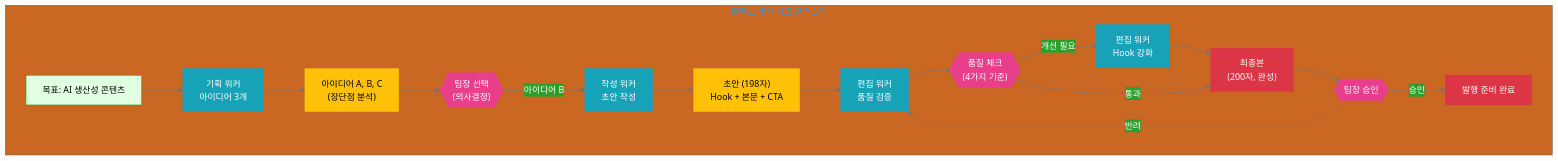
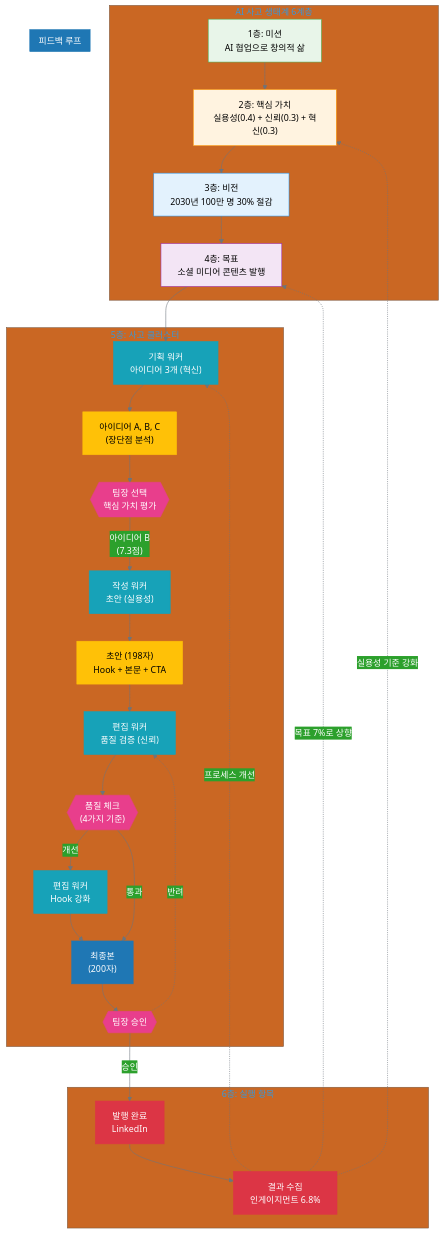
One commit to wooxist/ai-instructions changed the diagram in book/vol-2-part-4-chapter-11-03.md. Above: the diagram before and after it, drawn with Mermaid. The commit also changed other lines of this file and 2 other files, not shown here.

````diff
--- a/book/vol-2-part-4-chapter-11-03.md
+++ b/book/vol-2-part-4-chapter-11-03.md
@@ -180,41 +366,68 @@
 ```mermaid
 %%{init: {
   'theme': 'base',
   'themeVariables': {
     'primaryColor': '#1f77b4',
     'primaryTextColor': '#ffffff',
     'primaryBorderColor': '#1f77b4',
     'lineColor': '#6c757d',
     'background': 'transparent',
     'edgeLabelBackground': '#2ca02c'
   }
 }}%%
 graph TD
-    subgraph "콘텐츠 생성 사고 클러스터"
-        Goal["목표: AI 생산성 콘텐츠"] --> Plan["기획 워커<br/>아이디어 3개"]
+    subgraph "AI 사고 생태계 6계층"
+        Mission["1층: 미션<br/>AI 협업으로 창의적 삶"]
+        CoreValues["2층: 핵심 가치<br/>실용성(0.4) + 신뢰(0.3) + 혁신(0.3)"]
+        Vision["3층: 비전<br/>2030년 100만 명 30% 절감"]
+        Goal["4층: 목표<br/>소셜 미디어 콘텐츠 발행"]
+        
+        Mission --> CoreValues
+        CoreValues --> Vision
+        Vision --> Goal
+    end
+    
+    subgraph "5층: 사고 클러스터"
+        Goal --> Plan["기획 워커<br/>아이디어 3개 (혁신)"]
         Plan --> Ideas["아이디어 A, B, C<br/>(장단점 분석)"]
-        Ideas --> Decision{{"팀장 선택<br/>(의사결정)"}}
-        Decision -->|"아이디어 B"| Write["작성 워커<br/>초안 작성"]
+        Ideas --> Decision{{"팀장 선택<br/>핵심 가치 평가"}}
+        Decision -->|"아이디어 B<br/>(7.3점)"| Write["작성 워커<br/>초안 (실용성)"]
         Write --> Draft["초안 (198자)<br/>Hook + 본문 + CTA"]
-        Draft --> Edit["편집 워커<br/>품질 검증"]
+        Draft --> Edit["편집 워커<br/>품질 검증 (신뢰)"]
         Edit --> QC{{"품질 체크<br/>(4가지 기준)"}}
-        QC -->|"개선 필요"| Improve["편집 워커<br/>Hook 강화"]
-        Improve --> Final["최종본<br/>(200자, 완성)"]
+        QC -->|"개선"| Improve["편집 워커<br/>Hook 강화"]
+        Improve --> Final["최종본<br/>(200자)"]
         QC -->|"통과"| Final
         Final --> Approval{{"팀장 승인"}}
-        Approval -->|"승인"| Publish["발행 준비 완료"]
         Approval -.->|"반려"| Edit
     end
     
-    classDef goal fill:#e1ffe1,stroke:#2ca02c,color:#000;
+    subgraph "6층: 실행 항목"
+        Approval -->|"승인"| Publish["발행 완료<br/>LinkedIn"]
+        Publish --> Metrics["결과 수집<br/>인게이지먼트 6.8%"]
+    end
+    
+    subgraph "피드백 루프"
+        Metrics -.->|"프로세스 개선"| Plan
+        Metrics -.->|"목표 7%로 상향"| Goal
+        Metrics -.->|"실용성 기준 강화"| CoreValues
+    end
+    
+    classDef layer1 fill:#e8f5e9,stroke:#4caf50,color:#000;
+    classDef layer2 fill:#fff3e0,stroke:#ff9800,color:#000;
+    classDef layer3 fill:#e3f2fd,stroke:#2196f3,color:#000;
+    classDef layer4 fill:#f3e5f5,stroke:#9c27b0,color:#000;
     classDef worker fill:#17a2b8,stroke:#17a2b8,color:#fff;
     classDef decision fill:#e83e8c,stroke:#e83e8c,color:#fff;
     classDef artifact fill:#ffc107,stroke:#ffc107,color:#000;
-    classDef final fill:#dc3545,stroke:#dc3545,color:#fff;
+    classDef execution fill:#dc3545,stroke:#dc3545,color:#fff;
     
-    class Goal goal;
+    class Mission layer1;
+    class CoreValues layer2;
+    class Vision layer3;
+    class Goal layer4;
     class Plan,Write,Edit,Improve worker;
     class Decision,QC,Approval decision;
     class Ideas,Draft artifact;
-    class Final,Publish final;
+    class Publish,Metrics execution;
 ```
````
